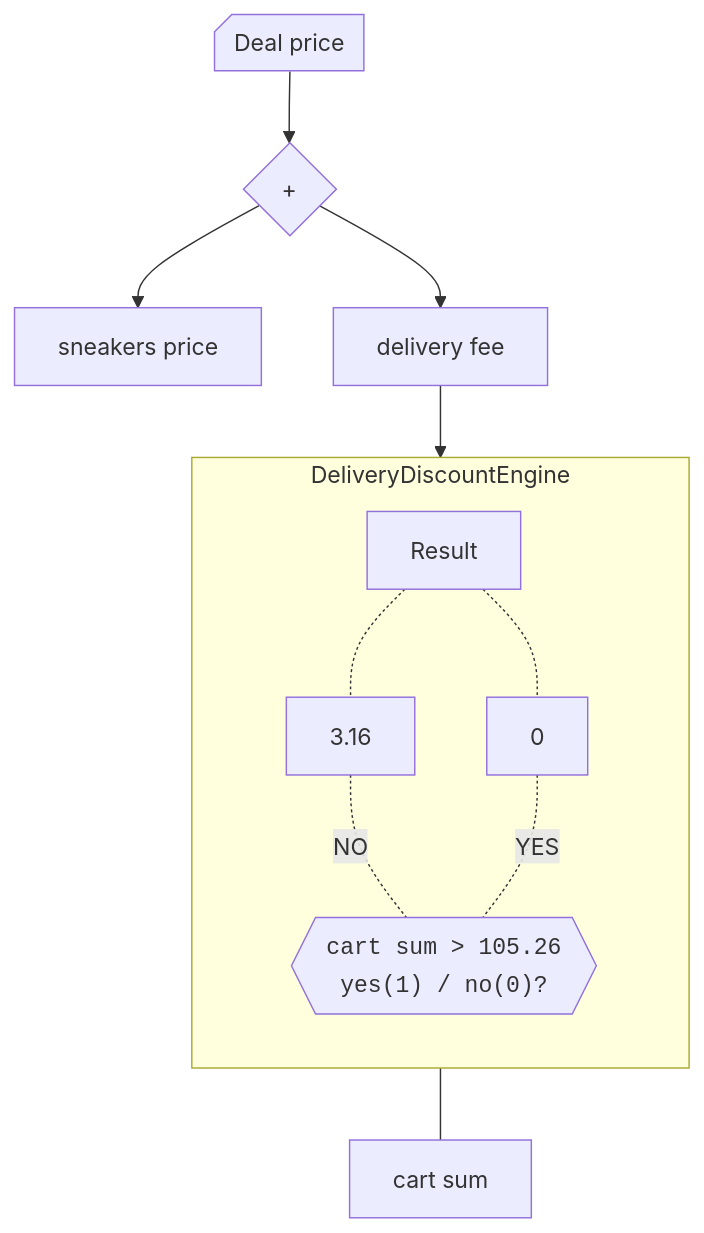
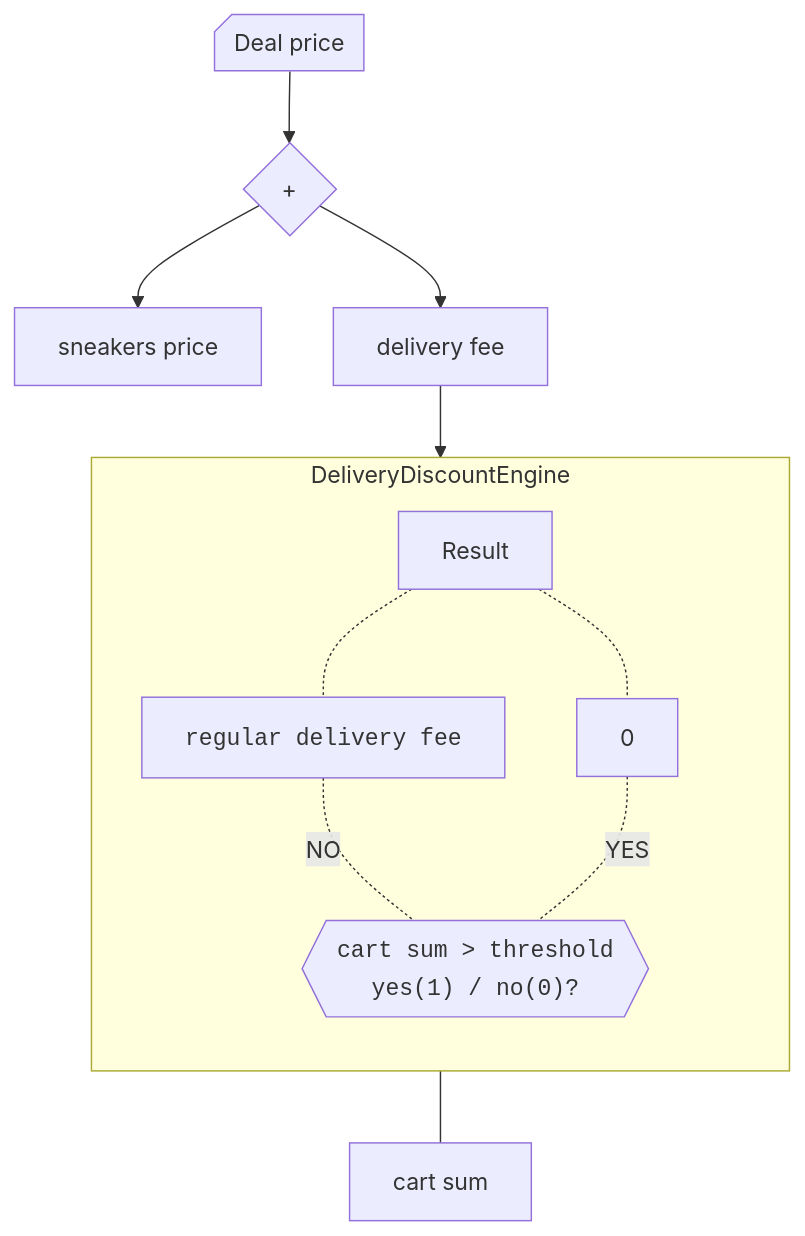
The ninth of 15 diagrams in README.md (Walter462/Sneakers), drawn with Mermaid before and after one commit. The commit also changed other lines of this file, not shown here.

````diff
--- a/README.md
+++ b/README.md
@@ -439,27 +439,30 @@
 ```mermaid
 %%{ init : { "themeVariables": { "htmlLabels": true }}}%%
 graph TB
   Deal_price@{shape: card, label: "Deal price"}
   Sum@{shape: diamond, label: " + "}
   Deal_price -->Sum  
   Sum --> sneakers_price@{shape: rect, label: "sneakers price"} 
   Sum --> delivery_fee@{shape: rect, label: "delivery fee"}
   
   delivery_fee --> Result
-    GT@{shape: hex, label: "<code>cart sum > 105.26 \n yes(1) / no(0)?</code>"}
+    GT@{shape: hex, label: "<code>cart sum > threshold \n yes(1) / no(0)?</code>"}
 
-    DeliveryFee@{shape: rect, label: "3.16"} -.-|NO| GT
+    DeliveryFee@{shape: rect, label: "<code>regular delivery fee</code>"} -.-|NO| GT
     DeliveryNull@{shape: rect, label: "0"} -.- |YES|GT
 
     Result
     Result -.- DeliveryFee 
     Result -.- DeliveryNull 
+
   subgraph DeliveryDiscountEngine
     direction TB
     Result
     DeliveryFee
     DeliveryNull
     GT
   end
-  GT --- cart_sum@{shape: rect, label: "cart sum"} 
+
+  GT --- cart_sum@{shape: rect, label: "cart sum"}
+
   ```
````
